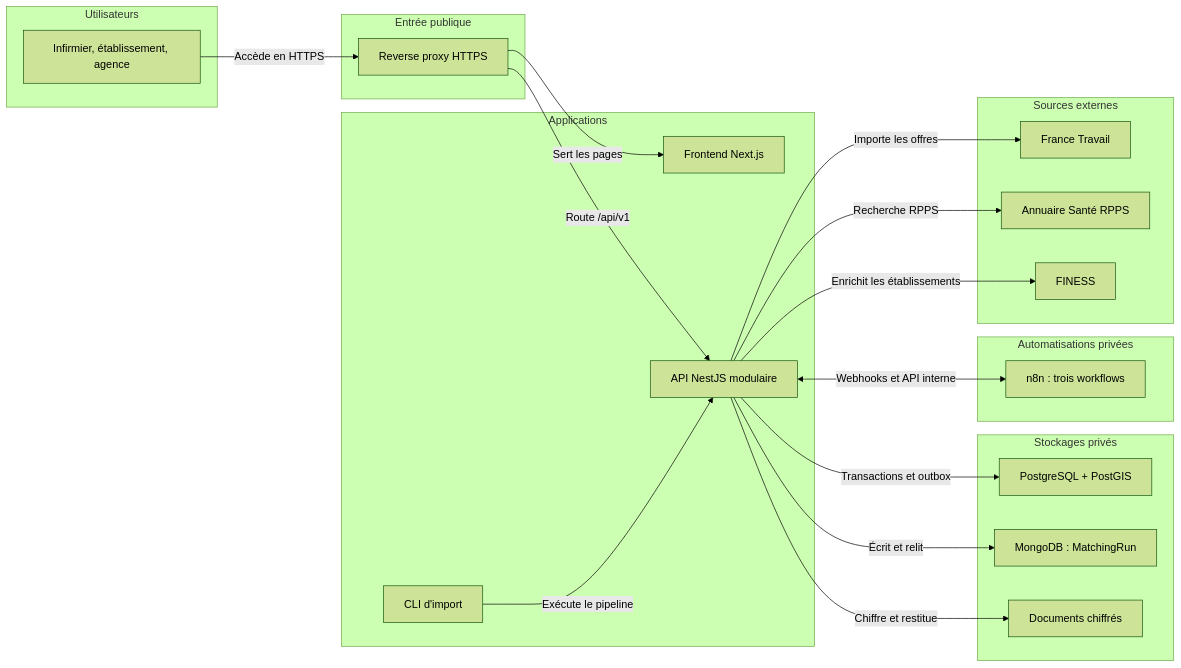
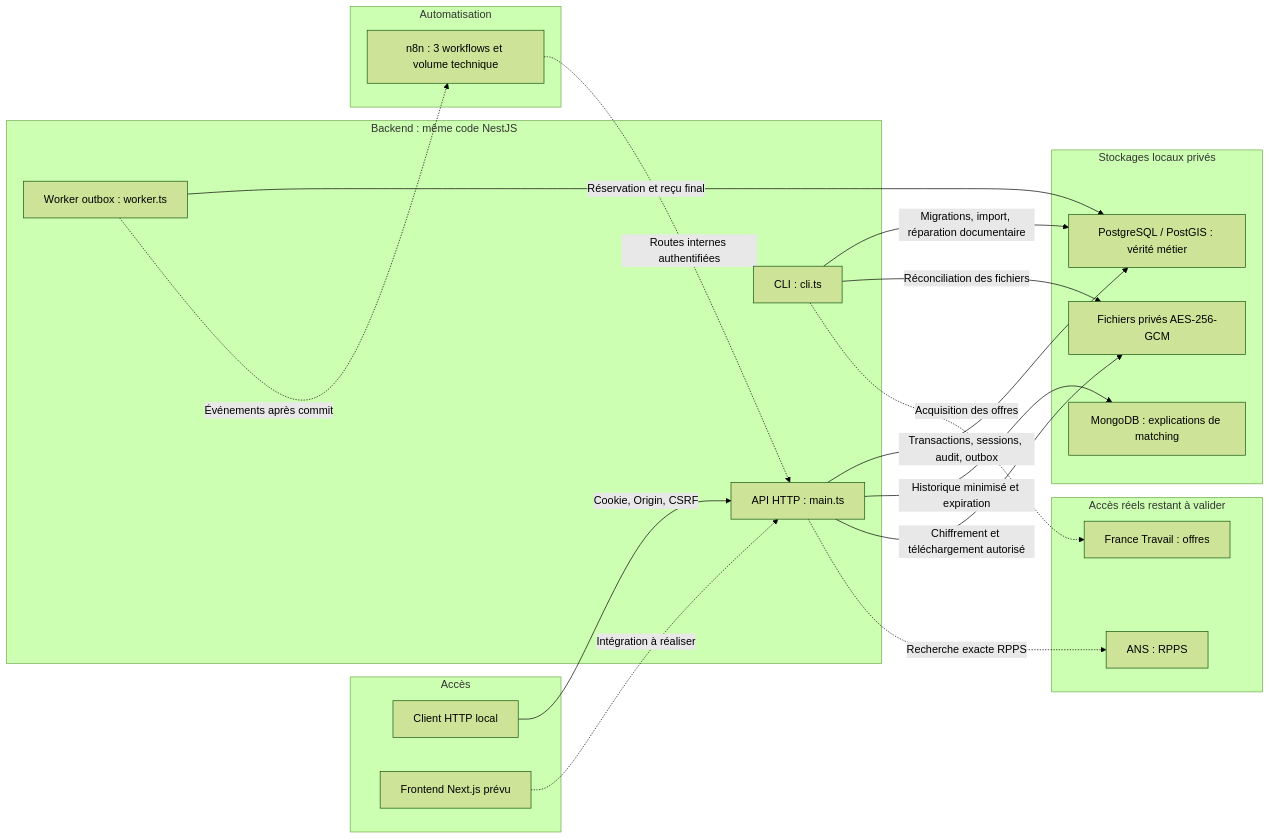
The diagram in docs/SCHEMA_ARCHITECTURE_V1.md (lebretyves/Backend_Interimatch), drawn with Mermaid (forest theme) before and after one commit. The commit also changed other lines of this file and 8 other files, not shown here.

Commit message:
docs: synchronize V1 requirements architecture and flows

````diff
--- a/docs/SCHEMA_ARCHITECTURE_V1.md
+++ b/docs/SCHEMA_ARCHITECTURE_V1.md
@@ -4,38 +5,36 @@
 ```mermaid
 flowchart LR
-    subgraph client["Utilisateurs"]
-        browser["Infirmier, établissement, agence"]
+    subgraph client["Accès"]
+        caller["Client HTTP local"]
+        front["Frontend Next.js prévu"]
     end
-    subgraph gateway["Entrée publique"]
-        proxy["Reverse proxy HTTPS"]
+    subgraph service["Backend : même code NestJS"]
+        api["API HTTP : main.ts"]
+        worker["Worker outbox : worker.ts"]
+        cli["CLI : cli.ts"]
     end
-    subgraph service["Applications"]
-        front["Frontend Next.js"]
-        api["API NestJS modulaire"]
-        cli["CLI d'import"]
+    subgraph datastore["Stockages locaux privés"]
+        sql["PostgreSQL / PostGIS : vérité métier"]
+        mongo["MongoDB : explications de matching"]
+        files["Fichiers privés AES-256-GCM"]
     end
-    subgraph datastore["Stockages privés"]
-        sql["PostgreSQL + PostGIS"]
-        mongo["MongoDB : MatchingRun"]
-        files["Documents chiffrés"]
+    subgraph async["Automatisation"]
+        n8n["n8n : 3 workflows et volume technique"]
     end
-    subgraph async["Automatisations privées"]
-        workflows["n8n : trois workflows"]
+    subgraph external["Accès réels restant à valider"]
+        ans["ANS : RPPS"]
+        ft["France Travail : offres"]
     end
-    subgraph external["Sources externes"]
-        offers["France Travail"]
-        rpps["Annuaire Santé RPPS"]
-        finess["FINESS"]
-    end
-    browser -->|"Accède en HTTPS"| proxy
-    proxy -->|"Sert les pages"| front
-    proxy -->|"Route /api/v1"| api
-    api -->|"Transactions et outbox"| sql
-    api -->|"Écrit et relit"| mongo
-    api -->|"Chiffre et restitue"| files
-    api <-->|"Webhooks et API interne"| workflows
-    api -->|"Recherche RPPS"| rpps
-    api -->|"Importe les offres"| offers
-    api -->|"Enrichit les établissements"| finess
-    cli -->|"Exécute le pipeline"| api
+    caller -->|"Cookie, Origin, CSRF"| api
+    front -.->|"Intégration à réaliser"| api
+    api -->|"Transactions, sessions, audit, outbox"| sql
+    api -->|"Historique minimisé et expiration"| mongo
+    api -->|"Chiffrement et téléchargement autorisé"| files
+    worker -->|"Réservation et reçu final"| sql
+    cli -->|"Migrations, import, réparation documentaire"| sql
+    cli -->|"Réconciliation des fichiers"| files
+    worker -.->|"Événements après commit"| n8n
+    n8n -.->|"Routes internes authentifiées"| api
+    api -.->|"Recherche exacte RPPS"| ans
+    cli -.->|"Acquisition des offres"| ft
 ```
````
